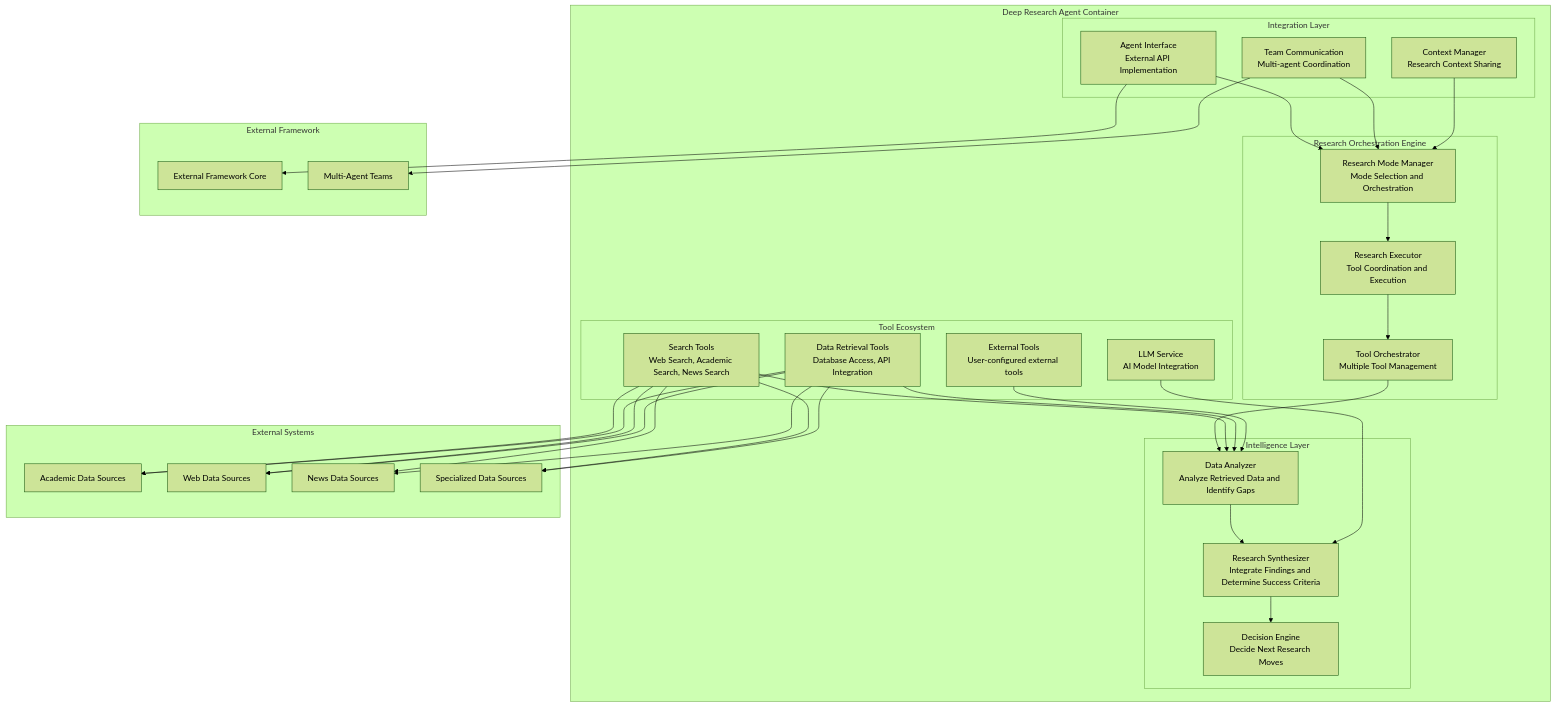
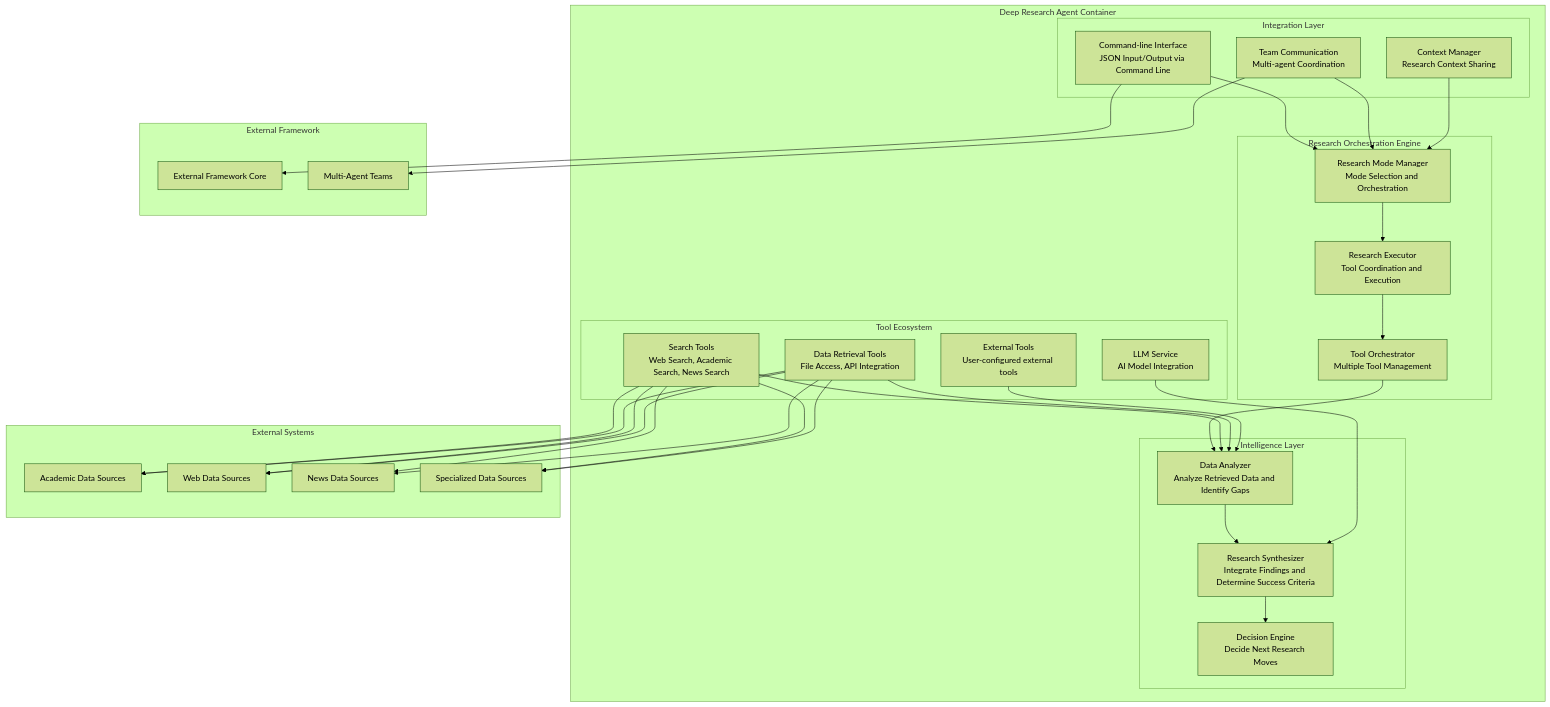
One commit to agentplug/research-agent changed the second of 7 diagrams in docs/.architecture_design/deep_research_agent_architecture.md. Above: the diagram before and after it, drawn with Mermaid (forest theme). The commit also changed other lines of this file, not shown here.

First line of the commit message:
refactor: simplify scalability requirements for research agent

````diff
--- a/docs/.architecture_design/deep_research_agent_architecture.md
+++ b/docs/.architecture_design/deep_research_agent_architecture.md
@@ -80,69 +80,69 @@
 ```mermaid
 graph TB
     subgraph "Deep Research Agent Container"
         subgraph "Research Orchestration Engine"
             RM["Research Mode Manager<br/>Mode Selection and Orchestration"]
             RE["Research Executor<br/>Tool Coordination and Execution"]
             PS["Tool Orchestrator<br/>Multiple Tool Management"]
         end
         
         subgraph "Intelligence Layer"
             SA["Data Analyzer<br/>Analyze Retrieved Data and Identify Gaps"]
             RS["Research Synthesizer<br/>Integrate Findings and Determine Success Criteria"]
             CI["Decision Engine<br/>Decide Next Research Moves"]
         end
         
         subgraph "Integration Layer"
-            AI["Agent Interface<br/>External API Implementation"]
+            AI["Command-line Interface<br/>JSON Input/Output via Command Line"]
             TC["Team Communication<br/>Multi-agent Coordination"]
             CM["Context Manager<br/>Research Context Sharing"]
         end
         
         subgraph "Tool Ecosystem"
             ST["Search Tools<br/>Web Search, Academic Search, News Search"]
-            DT["Data Retrieval Tools<br/>Database Access, API Integration"]
+            DT["Data Retrieval Tools<br/>File Access, API Integration"]
             ET["External Tools<br/>User-configured external tools"]
             LLM["LLM Service<br/>AI Model Integration"]
         end
     end
     
     subgraph "External Systems"
         ADS["Academic Data Sources"]
         WDS["Web Data Sources"]
         NDS["News Data Sources"]
         SDS["Specialized Data Sources"]
     end
     
     subgraph "External Framework"
         AHC["External Framework Core"]
         MAT["Multi-Agent Teams"]
     end
     
     RM --> RE
     RE --> PS
     PS --> SA
     SA --> RS
     RS --> CI
     
     AI --> RM
     TC --> RM
     CM --> RM
     
     ST --> ADS
     ST --> WDS
     ST --> NDS
     ST --> SDS
     
     DT --> ADS
     DT --> WDS
     DT --> NDS
     DT --> SDS
     
     LLM --> RS
     ST --> SA
     DT --> SA
     ET --> SA
     
     AI --> AHC
     TC --> MAT
 ```
````
